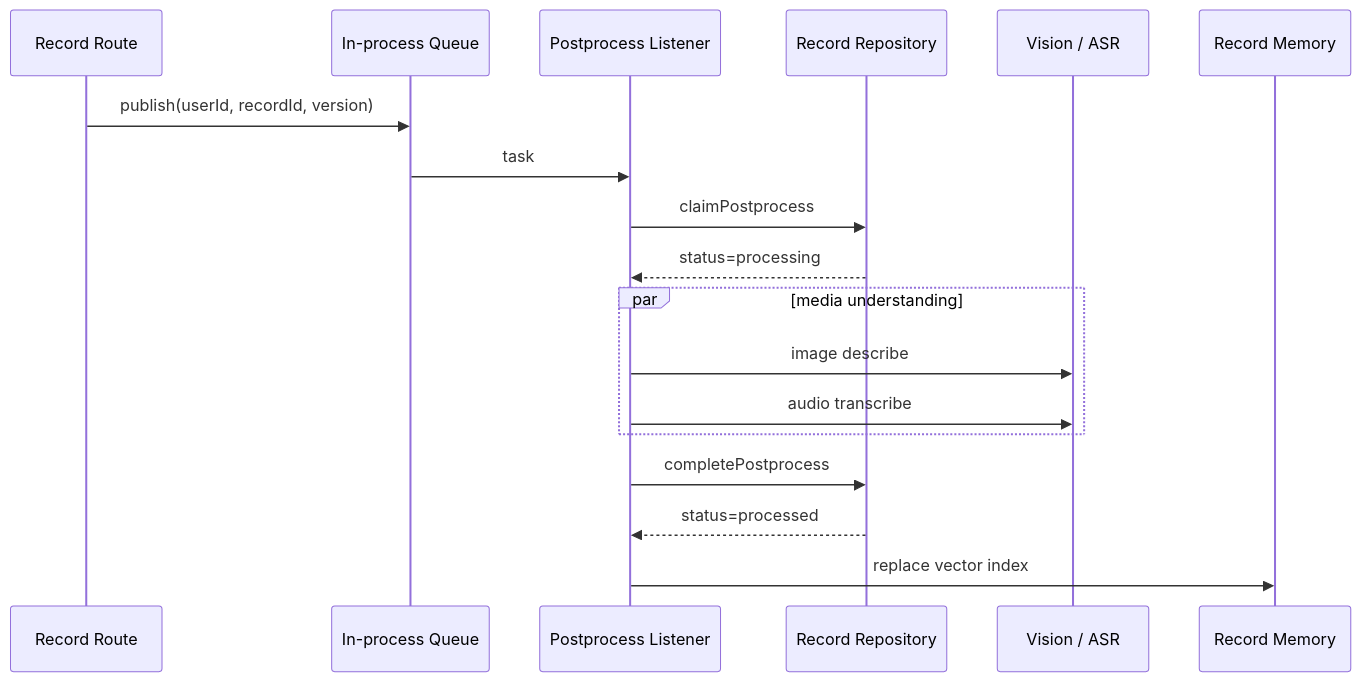
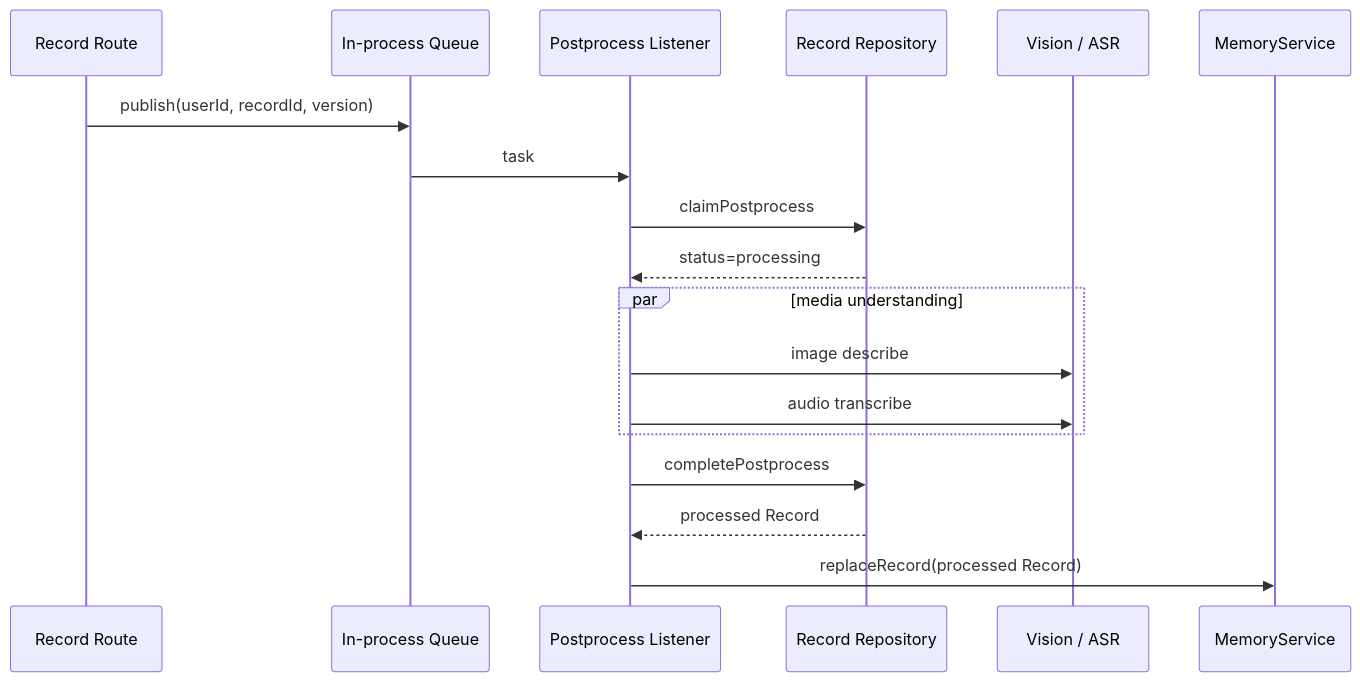
Before and after one commit to huiru-wang/fanto: the second of 2 diagrams in docs/architecture/server.md, drawn with Mermaid. The commit also changed other lines of this file and 14 other files, not shown here.

````diff
--- a/docs/architecture/server.md
+++ b/docs/architecture/server.md
@@ -46,21 +46,21 @@
 ```mermaid
 sequenceDiagram
   participant HTTP as Record Route
   participant Q as In-process Queue
   participant L as Postprocess Listener
   participant R as Record Repository
   participant AI as Vision / ASR
-  participant M as Record Memory
+  participant M as MemoryService
 
   HTTP->>Q: publish(userId, recordId, version)
   Q->>L: task
   L->>R: claimPostprocess
   R-->>L: status=processing
   par media understanding
     L->>AI: image describe
     L->>AI: audio transcribe
   end
   L->>R: completePostprocess
-  R-->>L: status=processed
-  L->>M: replace vector index
+  R-->>L: processed Record
+  L->>M: replaceRecord(processed Record)
 ```
````
